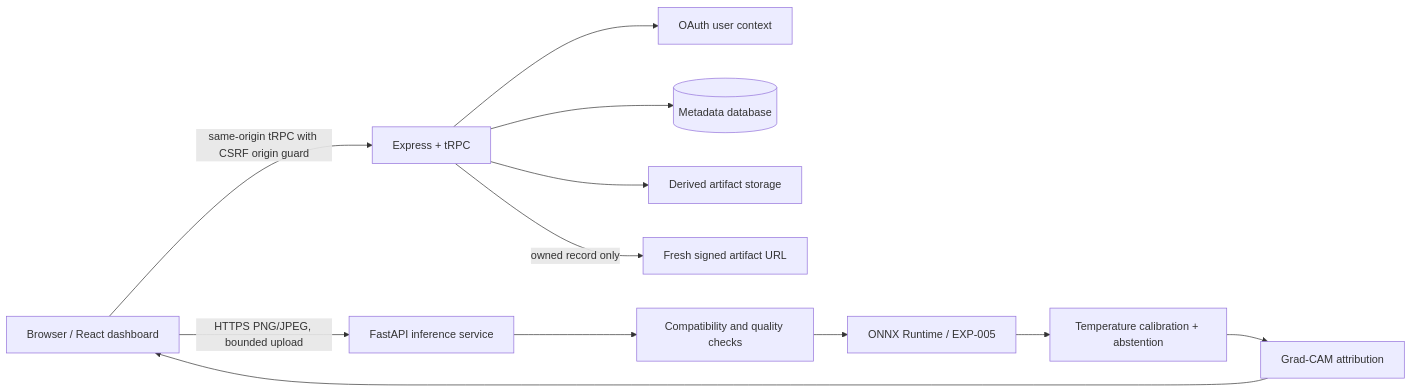
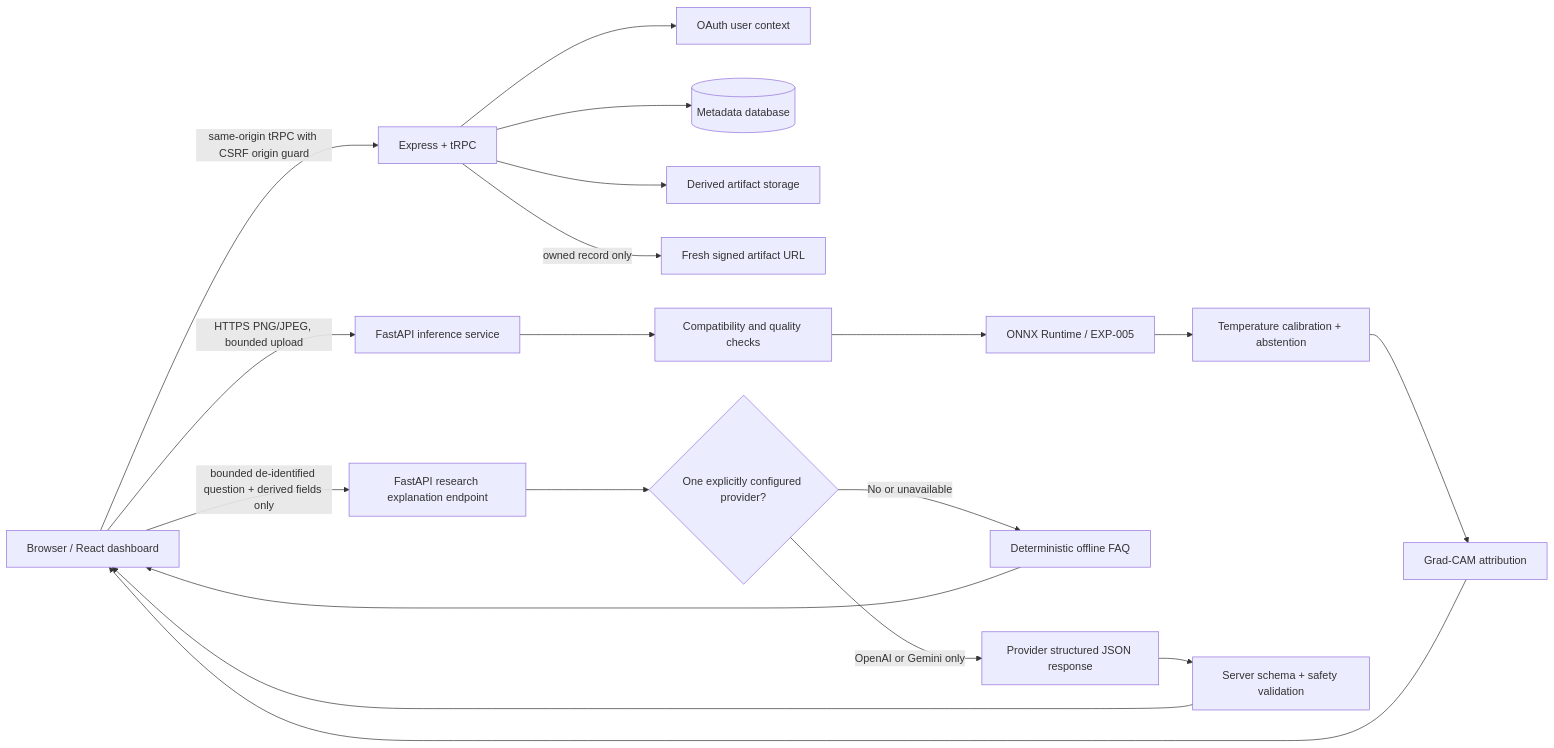
The first of 3 diagrams in docs/ARCHITECTURE.md (sam300705/neuroinsight-ai), drawn with Mermaid before and after one commit. The commit also changed other lines of this file and 12 other files, not shown here.

````diff
--- a/docs/ARCHITECTURE.md
+++ b/docs/ARCHITECTURE.md
@@ -7,14 +7,21 @@
 ```mermaid
 flowchart LR
   B[Browser / React dashboard] -->|same-origin tRPC with CSRF origin guard| E[Express + tRPC]
   E --> A[OAuth user context]
   E --> D[(Metadata database)]
   E --> S[Derived artifact storage]
   E -->|owned record only| U[Fresh signed artifact URL]
   B -->|HTTPS PNG/JPEG, bounded upload| F[FastAPI inference service]
   F --> V[Compatibility and quality checks]
   V --> O[ONNX Runtime / EXP-005]
   O --> C[Temperature calibration + abstention]
   C --> G[Grad-CAM attribution]
   G --> B
+  B -->|bounded de-identified question + derived fields only| R[FastAPI research explanation endpoint]
+  R --> P{One explicitly configured provider?}
+  P -->|No or unavailable| Q[Deterministic offline FAQ]
+  P -->|OpenAI or Gemini only| J[Provider structured JSON response]
+  J --> K[Server schema + safety validation]
+  K --> B
+  Q --> B
 ```
````
